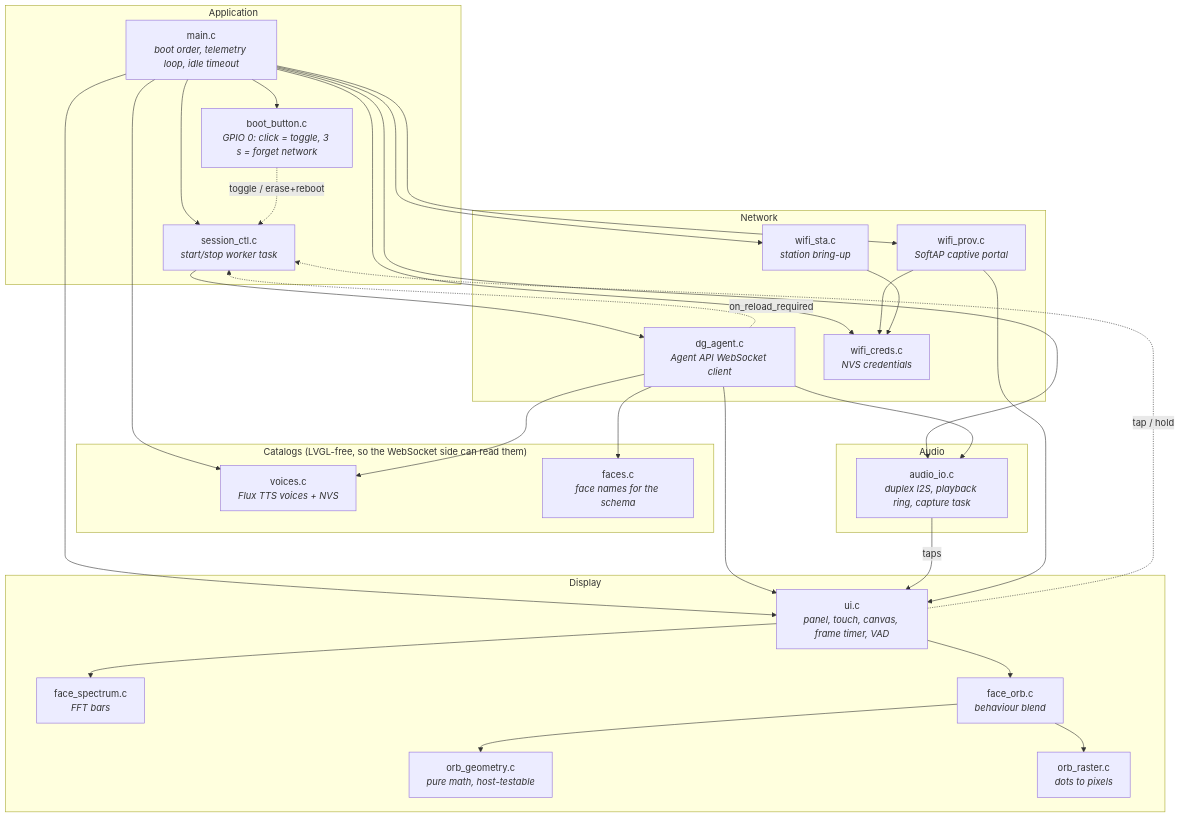
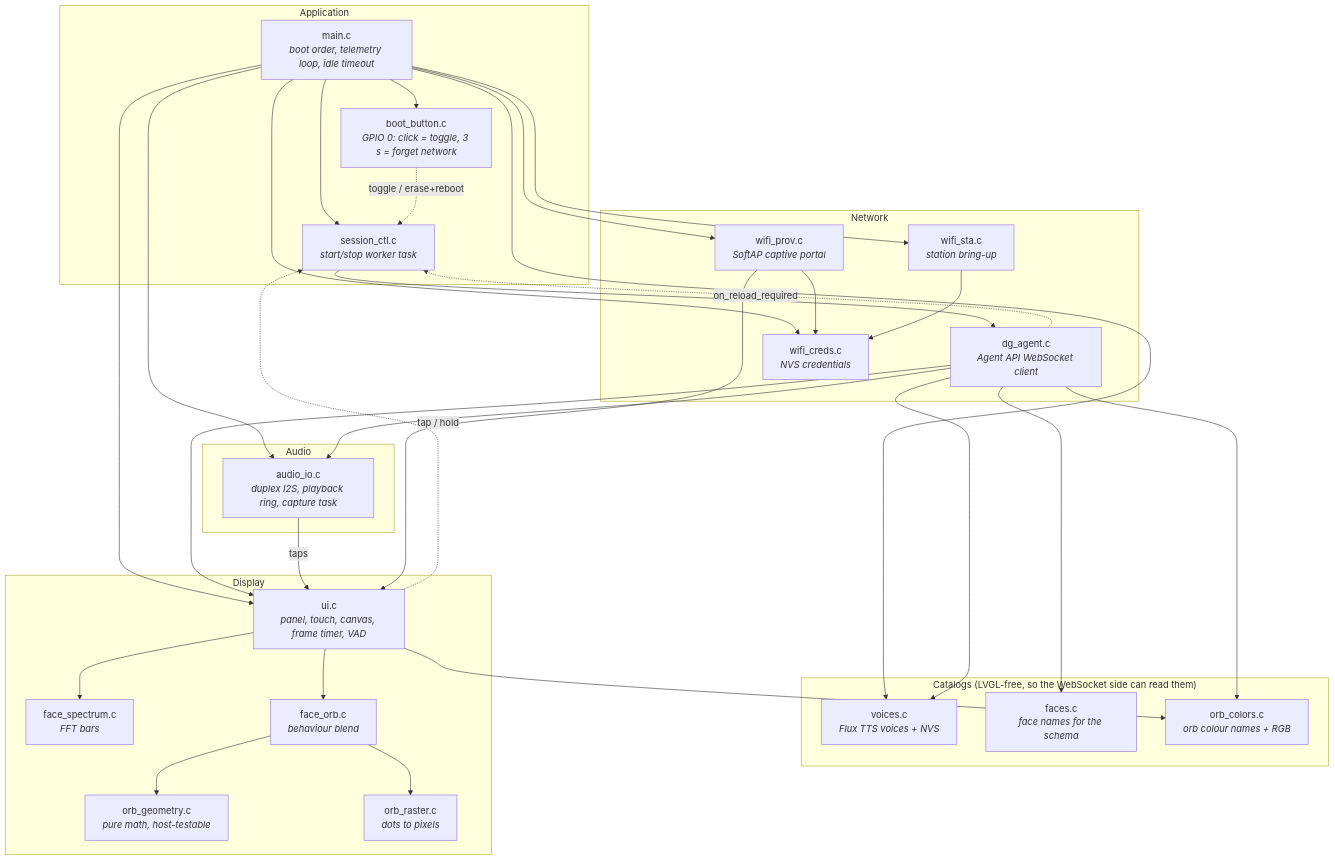
Before and after one commit to dg-edcharbeneau/esp32-deepgram-voice-agent: the first of 7 diagrams in ARCHITECTURE.md, drawn with Mermaid. The commit also changed other lines of this file and 3 other files, not shown here.

First line of the commit message:
Document the orb colour, and give it a boot default in menuconfig

````diff
--- a/ARCHITECTURE.md
+++ b/ARCHITECTURE.md
@@ -18,44 +20,46 @@
 ```mermaid
 flowchart TB
     subgraph app["Application"]
         main["main.c<br/><i>boot order, telemetry loop, idle timeout</i>"]
         session["session_ctl.c<br/><i>start/stop worker task</i>"]
         boot["boot_button.c<br/><i>GPIO 0: click = toggle, 3 s = forget network</i>"]
     end
 
     subgraph net["Network"]
         agent["dg_agent.c<br/><i>Agent API WebSocket client</i>"]
         sta["wifi_sta.c<br/><i>station bring-up</i>"]
         creds["wifi_creds.c<br/><i>NVS credentials</i>"]
         prov["wifi_prov.c<br/><i>SoftAP captive portal</i>"]
     end
 
     subgraph cat["Catalogs (LVGL-free, so the WebSocket side can read them)"]
         voices["voices.c<br/><i>Flux TTS voices + NVS</i>"]
         faces["faces.c<br/><i>face names for the schema</i>"]
+        colors["orb_colors.c<br/><i>orb colour names + RGB</i>"]
     end
 
     subgraph audio["Audio"]
         aio["audio_io.c<br/><i>duplex I2S, playback ring, capture task</i>"]
     end
 
     subgraph disp["Display"]
         ui["ui.c<br/><i>panel, touch, canvas, frame timer, VAD</i>"]
         spectrum["face_spectrum.c<br/><i>FFT bars</i>"]
         orbface["face_orb.c<br/><i>behaviour blend</i>"]
         geo["orb_geometry.c<br/><i>pure math, host-testable</i>"]
         raster["orb_raster.c<br/><i>dots to pixels</i>"]
     end
 
     main --> session & aio & ui & boot & sta & creds & prov & voices
     session --> agent
-    agent --> voices & faces & ui & aio
+    agent --> voices & faces & colors & ui & aio
     agent -. "on_reload_required" .-> session
     boot -. "toggle / erase+reboot" .-> session
     ui -. "tap / hold" .-> session
     aio -- "taps" --> ui
     ui --> spectrum & orbface
+    ui --> colors
     orbface --> geo & raster
     prov --> creds & ui
     sta --> creds
 ```
````
